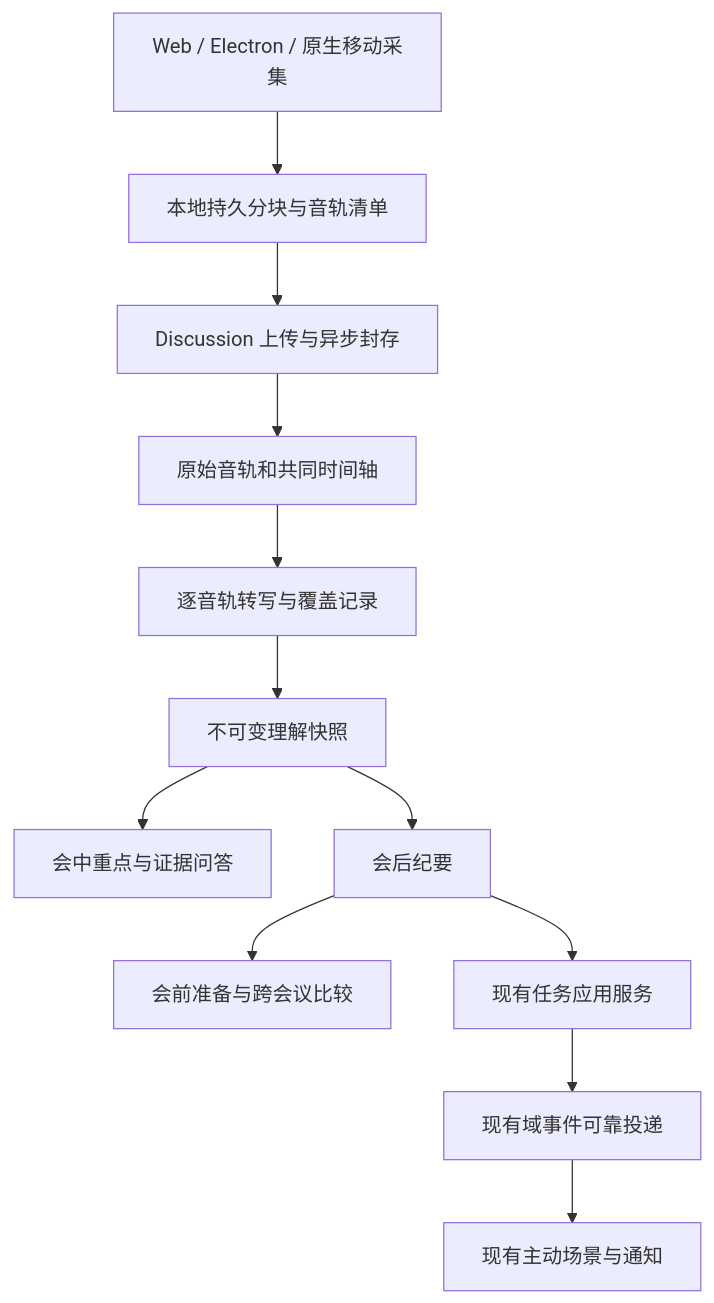
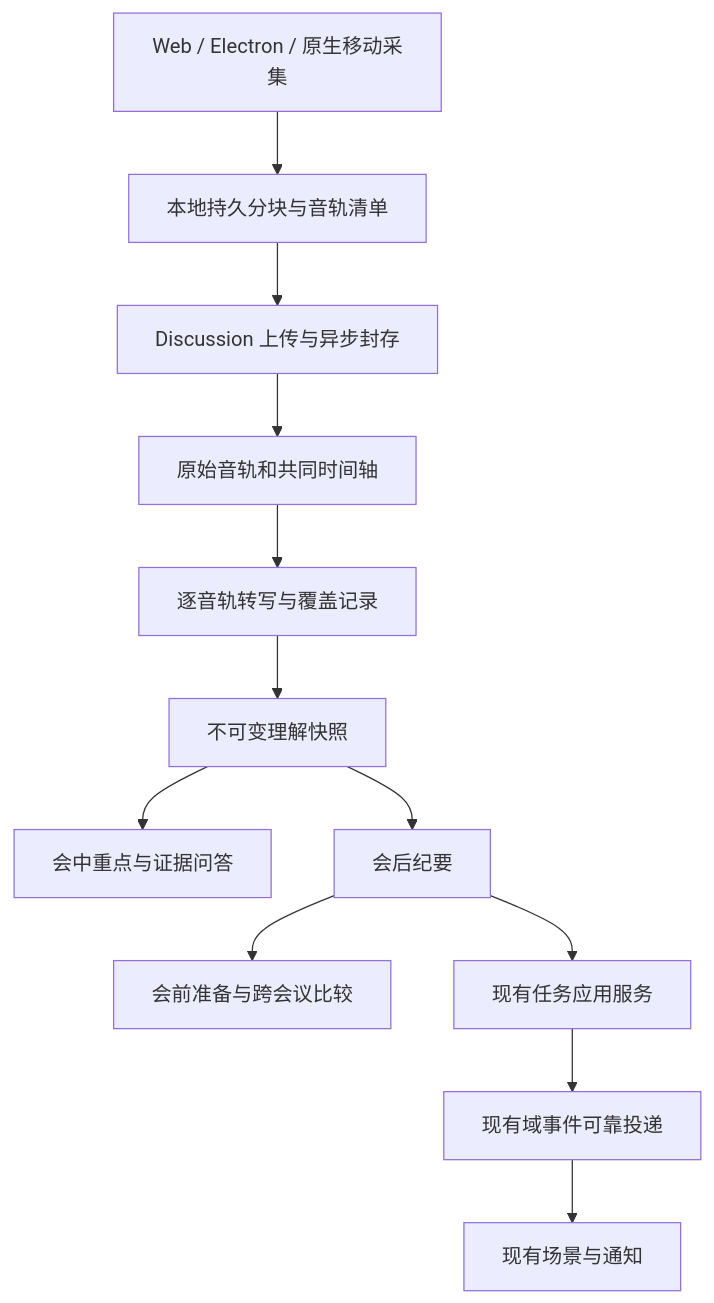
Before and after one commit to xopcai/xopc: the diagram in docs/design/voice-meeting-p1-p2-technical-design.md, drawn with Mermaid. The commit also changed other lines of this file and 267 other files, not shown here.

````diff
--- a/docs/design/voice-meeting-p1-p2-technical-design.md
+++ b/docs/design/voice-meeting-p1-p2-technical-design.md
@@ -39,14 +39,14 @@
 ```mermaid
 flowchart TB
     Capture[Web / Electron / 原生移动采集] --> Spool[本地持久分块与音轨清单]
     Spool --> Ingest[Discussion 上传与异步封存]
     Ingest --> Tracks[原始音轨和共同时间轴]
     Tracks --> STT[逐音轨转写与覆盖记录]
     STT --> Snapshot[不可变理解快照]
     Snapshot --> Live[会中重点与证据问答]
     Snapshot --> Summary[会后纪要]
     Summary --> Project[会前准备与跨会议比较]
     Summary --> Task[现有任务应用服务]
     Task --> Outbox[现有域事件可靠投递]
-    Outbox --> Proactive[现有主动场景与通知]
+    Outbox --> Scene[现有场景与通知]
 ```
````
